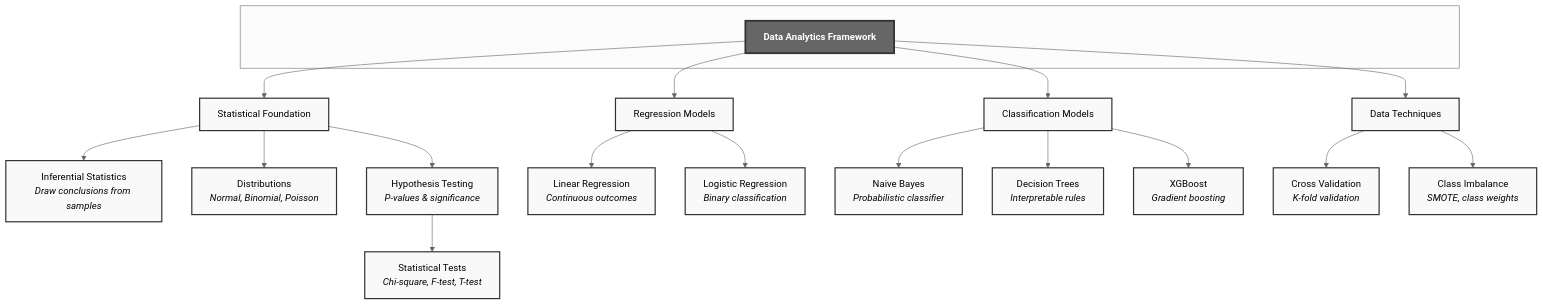
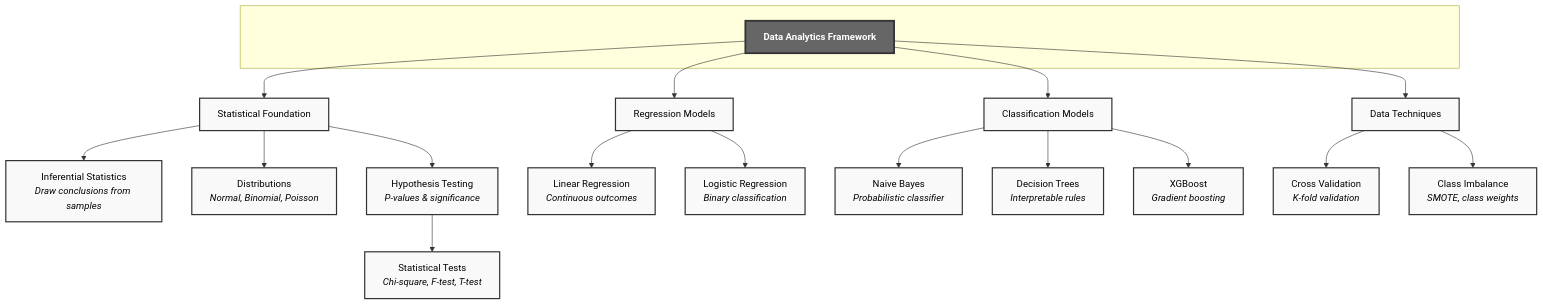
One commit to gamer2810/supreme-adventure changed the first of 2 diagrams in _posts/2026-04-25-from-engineer-to-data-analyst-my-google-advanced-data-analytics-journey.md. Above: the diagram before and after it, drawn with Mermaid. The commit also changed other lines of this file, not shown here.

Commit message:
Update Blog “2026-04-25-from-engineer-to-data-analyst-my-google-advanced-data-analytics-journey”

````diff
--- a/_posts/2026-04-25-from-engineer-to-data-analyst-my-google-advanced-data-analytics-journey.md
+++ b/_posts/2026-04-25-from-engineer-to-data-analyst-my-google-advanced-data-analytics-journey.md
@@ -31,33 +31,32 @@
 ```mermaid
-%%{init: {'theme':'neutral'}}%%
 graph TB
     subgraph " "
     DA["<b>Data Analytics Framework</b>"]
     end
     
     DA --> SF["Statistical Foundation"]
     DA --> RM["Regression Models"]
     DA --> CM["Classification Models"]
     DA --> DT["Data Techniques"]
     
     SF --> IS["Inferential Statistics<br/><i>Draw conclusions from samples</i>"]
     SF --> DIST["Distributions<br/><i>Normal, Binomial, Poisson</i>"]
     SF --> HT["Hypothesis Testing<br/><i>P-values & significance</i>"]
     
     HT --> TESTS["Statistical Tests<br/><i>Chi-square, F-test, T-test</i>"]
     
     RM --> LR["Linear Regression<br/><i>Continuous outcomes</i>"]
     RM --> LOGR["Logistic Regression<br/><i>Binary classification</i>"]
     
     CM --> NB["Naive Bayes<br/><i>Probabilistic classifier</i>"]
     CM --> TREE["Decision Trees<br/><i>Interpretable rules</i>"]
     CM --> XGB["XGBoost<br/><i>Gradient boosting</i>"]
     
     DT --> CV["Cross Validation<br/><i>K-fold validation</i>"]
     DT --> CI["Class Imbalance<br/><i>SMOTE, class weights</i>"]
     
     classDef default fill:#f9f9f9,stroke:#333,stroke-width:2px,color:#000
     classDef center fill:#666,stroke:#333,stroke-width:3px,color:#fff
     
     class DA center
 ```
````
